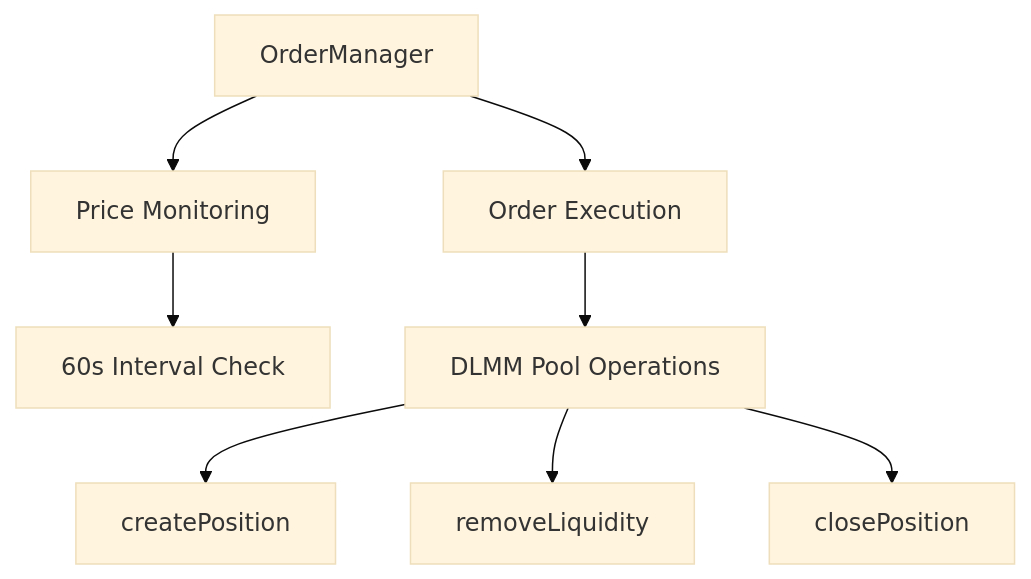
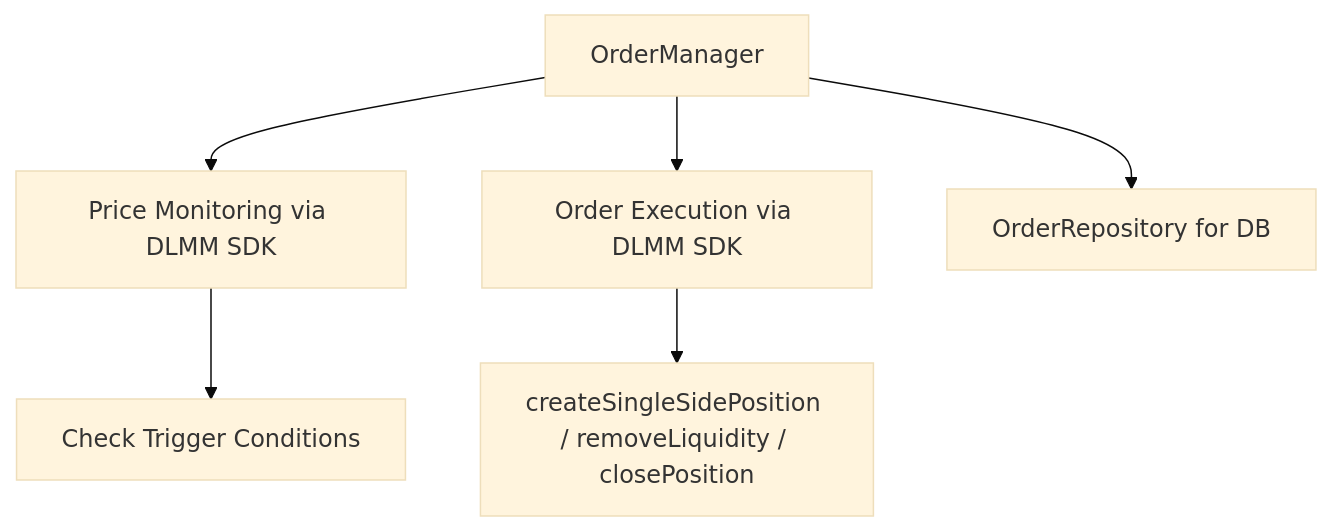
Before and after one commit to brinkgenesis/dlmm: the first of 2 diagrams in core_strategy.md, drawn with Mermaid (base theme). The commit also changed other lines of this file and 4 other files, not shown here.

````diff
--- a/core_strategy.md
+++ b/core_strategy.md
@@ -205,10 +177,8 @@
 ```mermaid
 graph TD
-    A[OrderManager] --> B[Price Monitoring]
-    A --> C[Order Execution]
-    B --> D[60s Interval Check]
-    C --> E[DLMM Pool Operations]
-    E --> F[createPosition]
-    E --> G[removeLiquidity]
-    E --> H[closePosition]
+    A[OrderManager] --> B[Price Monitoring via DLMM SDK]
+    A --> C[Order Execution via DLMM SDK]
+    A --> D[OrderRepository for DB]
+    B --> F[Check Trigger Conditions]
+    C --> G[createSingleSidePosition / removeLiquidity / closePosition]
 ```
````
